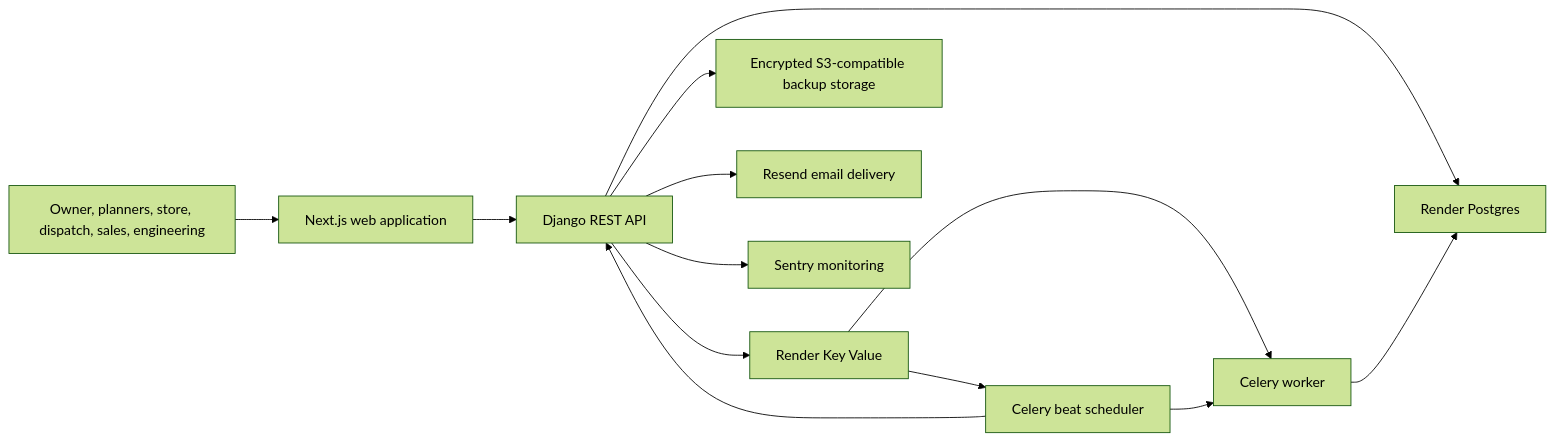
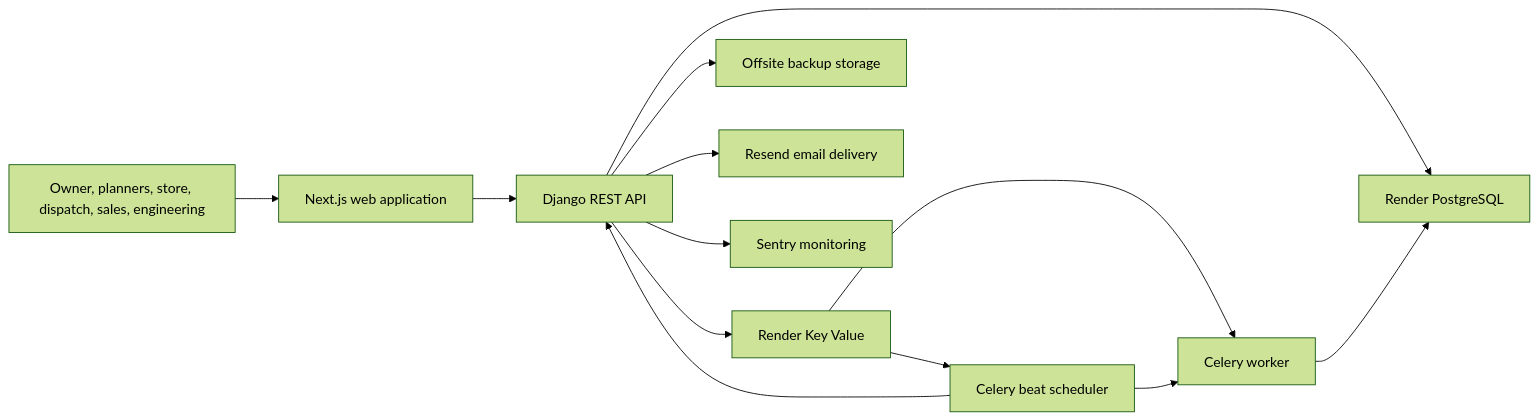
Before and after one commit to dev2495/total-blueprint-erp: the first of 4 diagrams in README.md, drawn with Mermaid (forest theme). The commit also changed other lines of this file and 3 other files, not shown here.

````diff
--- a/README.md
+++ b/README.md
@@ -42,15 +110,15 @@
 ```mermaid
 flowchart LR
     Users["Owner, planners, store, dispatch, sales, engineering"] --> Frontend["Next.js web application"]
     Frontend --> API["Django REST API"]
-    API --> Postgres["Render Postgres"]
+    API --> Postgres["Render PostgreSQL"]
     API --> Redis["Render Key Value"]
-    API --> Files["Encrypted S3-compatible backup storage"]
+    API --> Files["Offsite backup storage"]
     API --> Resend["Resend email delivery"]
     API --> Sentry["Sentry monitoring"]
     Redis --> Worker["Celery worker"]
     Redis --> Beat["Celery beat scheduler"]
     Worker --> Postgres
     Beat --> API
     Beat --> Worker
 ```
````
